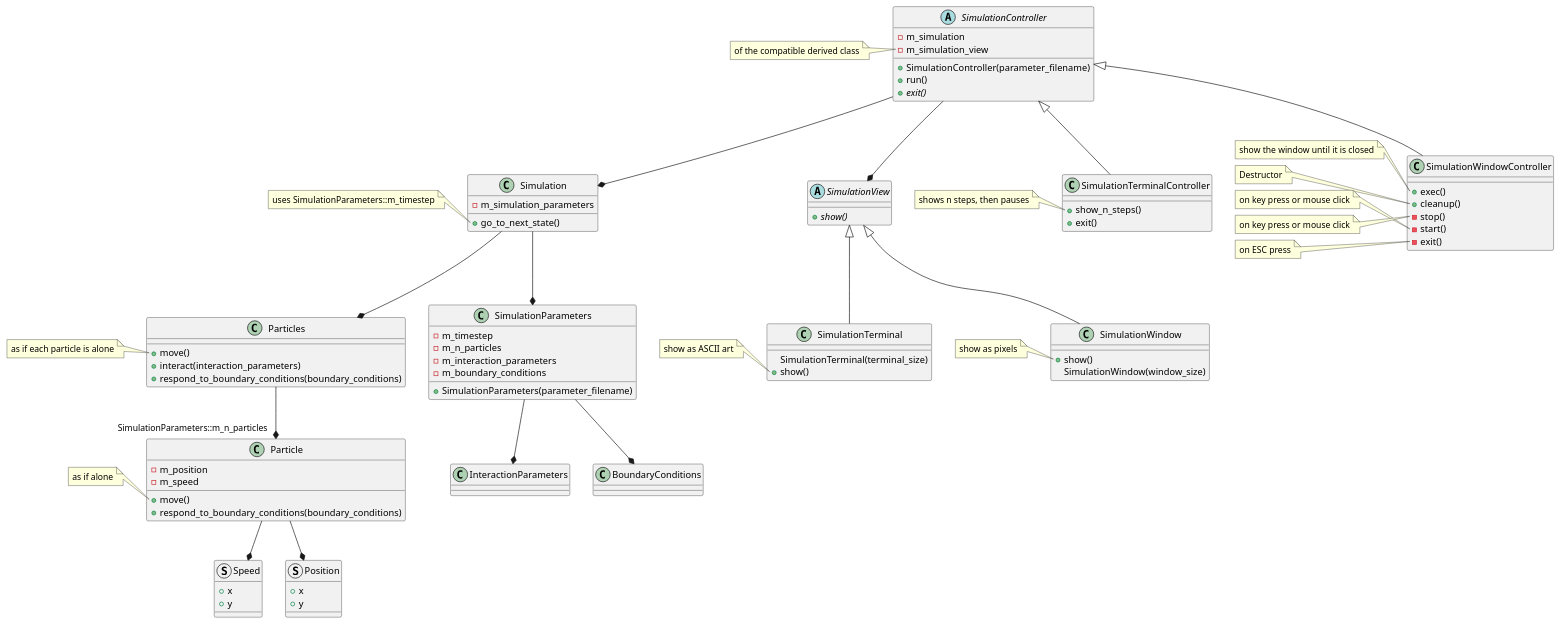
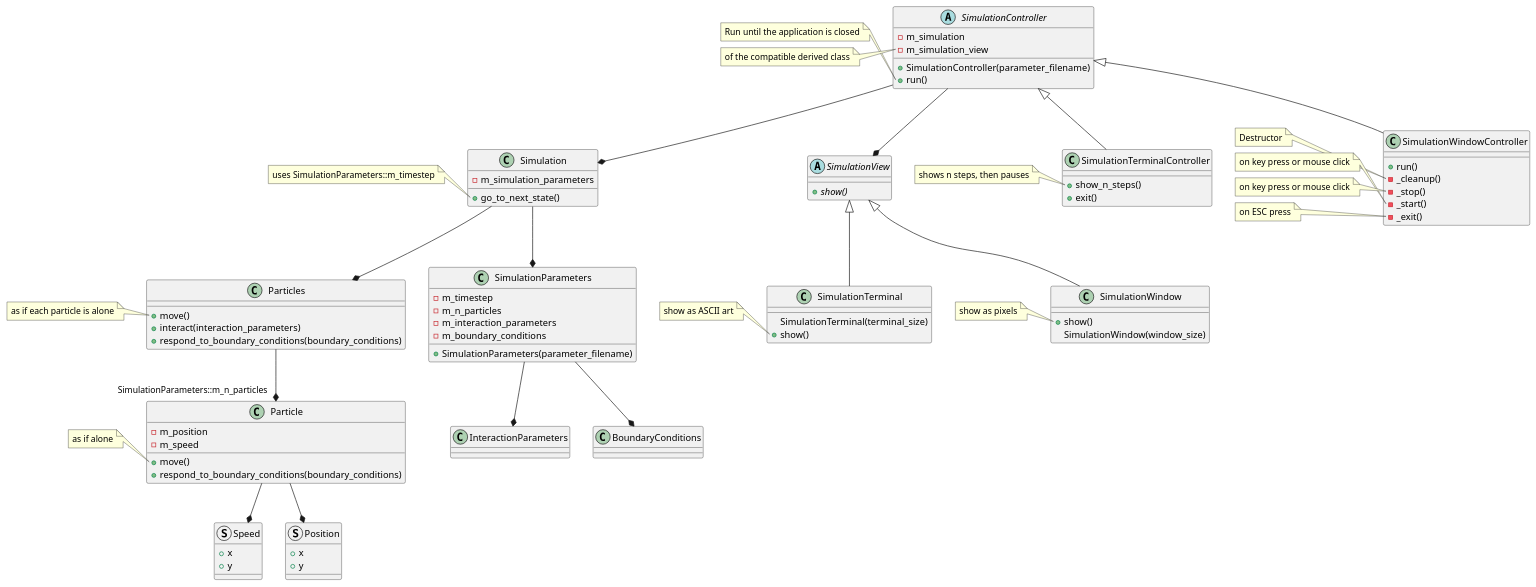
One commit to programming-formalisms/programming_formalisms_example_project changed the diagram in design/class_diagram_richel.puml. Above: the diagram before and after it, drawn with PlantUML. The commit also changed 2 other files, not shown here.

Commit message:
Can run for 1 second, update design

```diff
--- a/design/class_diagram_richel.puml
+++ b/design/class_diagram_richel.puml
@@ -1,165 +1,164 @@
 @startuml
 
 class Simulation
 
 abstract class SimulationView
 class SimulationTerminal
 class SimulationWindow
 
 abstract class SimulationController
 class SimulationTerminalController
 class SimulationWindowController
 
 class SimulationParameters
 class Particles
 class Particle
 struct Speed
 struct Position
 
 SimulationController --* Simulation
 SimulationController --* SimulationView
 
 Simulation --* SimulationParameters
 SimulationParameters --* InteractionParameters
 SimulationParameters --* BoundaryConditions
 
 Simulation --* Particles
 Particles --* "SimulationParameters::m_n_particles" Particle
 
 Particle --* Speed
 Particle --* Position
 
 
 SimulationView <|-- SimulationTerminal
 SimulationView <|-- SimulationWindow
 
 SimulationController <|-- SimulationTerminalController
 SimulationController <|-- SimulationWindowController
 
 class SimulationParameters {
   + SimulationParameters(parameter_filename)
   - m_timestep
   - m_n_particles
   - m_interaction_parameters
   - m_boundary_conditions
 }
 
 class Simulation {
   + go_to_next_state()
   - m_simulation_parameters
 }
 
 note left of Simulation::go_to_next_state
   uses SimulationParameters::m_timestep
 end note
 
 
 class Particles {
   + move()
   + interact(interaction_parameters)
   + respond_to_boundary_conditions(boundary_conditions)
 }
 
 note left of Particles::move
   as if each particle is alone
 end note
 
 class Particle {
   + move()
   + respond_to_boundary_conditions(boundary_conditions)
 
   - m_position
   - m_speed
 }
 
 note left of Particle::move
   as if alone
 end note
 
 struct Speed {
   + x
   + y
 }
 
 struct Position {
   + x
   + y
 }
 
 
 abstract class SimulationView {
   + {abstract} show()
 }
 
 class SimulationTerminal {
   SimulationTerminal(terminal_size)
   + show()
 }
 note left of SimulationTerminal::show
   show as ASCII art
 end note
 
 class SimulationWindow {
   + show()
   SimulationWindow(window_size)
 }
 
 note left of SimulationWindow::show
   show as pixels
 end note
 
 
 abstract class SimulationController {
   + SimulationController(parameter_filename)
   + run()
-  + {abstract} exit()
   - m_simulation
   - m_simulation_view
 }
+
+note left of SimulationController::run
+  Run until the application is closed
+end note
 
 note left of SimulationController::m_simulation_view
   of the compatible derived class
 end note
 
 
 class SimulationTerminalController {
   + show_n_steps()
   + exit()
 }
 
 note left of SimulationTerminalController::show_n_steps
   shows n steps, then pauses
 end note
 
 
 class SimulationWindowController {
-  + exec()
-  + cleanup()
-  - stop()
-  - start()
-  - exit()
+  + run()
+  - _cleanup()
+  - _stop()
+  - _start()
+  - _exit()
 }
-
-note left of SimulationWindowController::exec
-  show the window until it is closed
-end note
 
 note left of SimulationWindowController::cleanup
   Destructor
 end note
 
 note left of SimulationWindowController::start
   on key press or mouse click
 end note
 
 note left of SimulationWindowController::stop
   on key press or mouse click
 end note
 
 note left of SimulationWindowController::exit
   on ESC press
 end note
 
 
 
 @enduml
```
